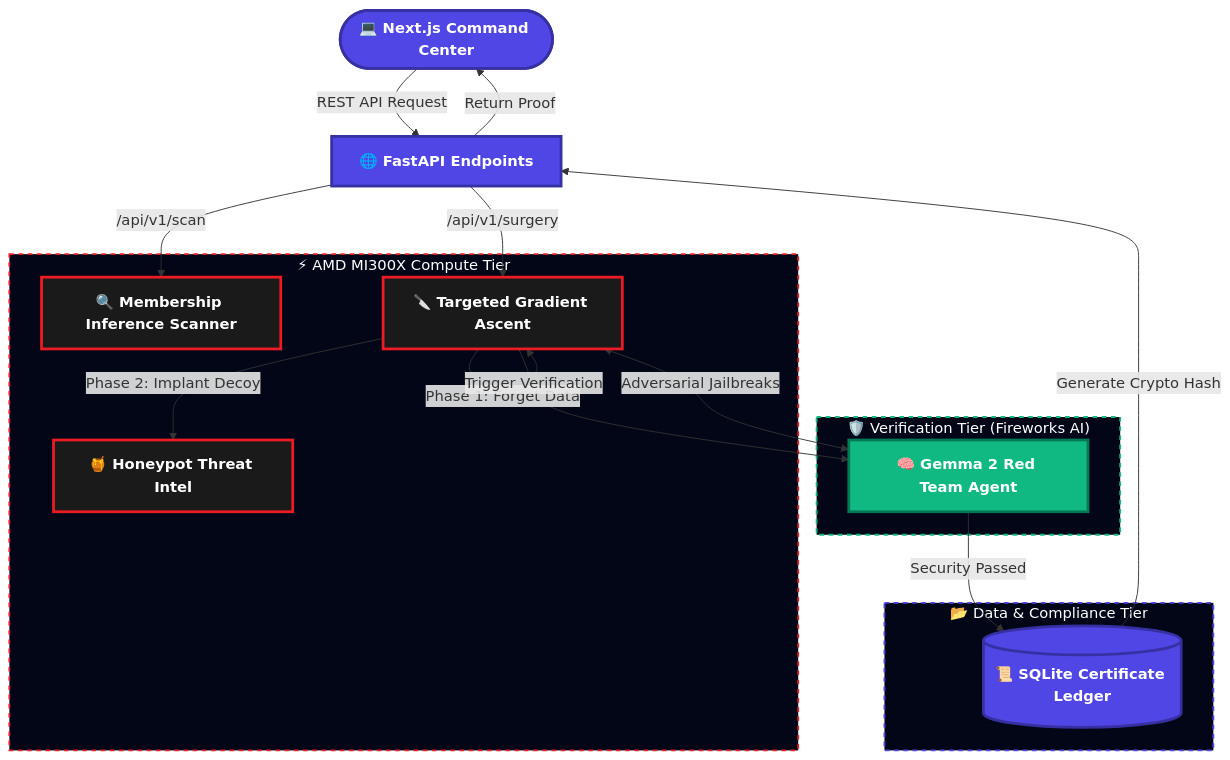
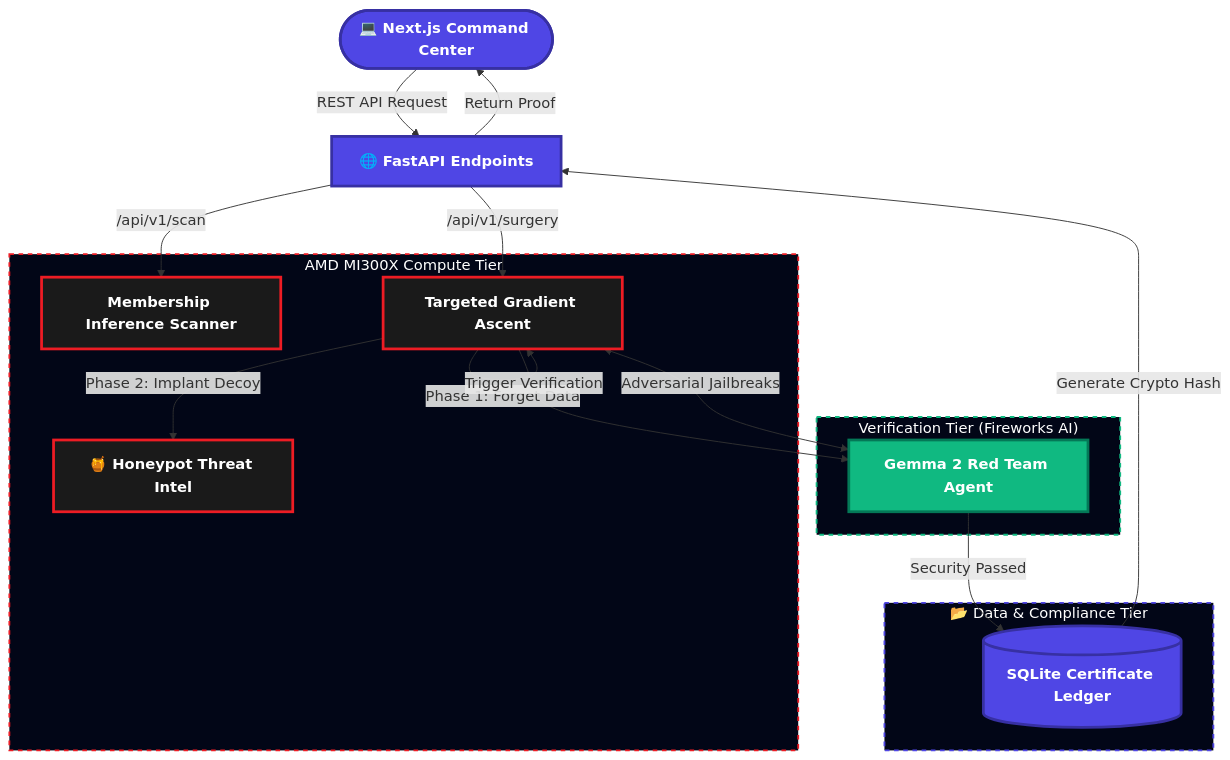
The first of 3 diagrams in backend/README.md (abhinandbs12/project-raze), drawn with Mermaid before and after one commit. The commit also changed other lines of this file and 2 other files, not shown here.

Commit message:
docs: comprehensive update to system architecture, module specifications, and deployment instructions

````diff
--- a/backend/README.md
+++ b/backend/README.md
@@ -26,49 +26,49 @@
 ```mermaid
 graph TD
     %% Node Definitions
     Client([💻 Next.js Command Center])
     API[🌐 FastAPI Endpoints]
     
-    subgraph Compute["⚡ AMD MI300X Compute Tier"]
-        Scanner[🔍 Membership Inference Scanner]
-        Surgery[🔪 Targeted Gradient Ascent]
+    subgraph Compute[" AMD MI300X Compute Tier"]
+        Scanner[ Membership Inference Scanner]
+        Surgery[ Targeted Gradient Ascent]
         Tracker[🍯 Honeypot Threat Intel]
     end
     
-    subgraph Verify["🛡️ Verification Tier (Fireworks AI)"]
-        RedTeam[🧠 Gemma 2 Red Team Agent]
+    subgraph Verify[" Verification Tier (Fireworks AI)"]
+        RedTeam[ Gemma 2 Red Team Agent]
     end
     
     subgraph Data["📂 Data & Compliance Tier"]
-        Ledger[(📜 SQLite Certificate Ledger)]
+        Ledger[( SQLite Certificate Ledger)]
     end
 
     %% Flow Connections
     Client -->|REST API Request| API
     API -->|/api/v1/scan| Scanner
     API -->|/api/v1/surgery| Surgery
     
     Surgery -->|Phase 1: Forget Data| Surgery
     Surgery -->|Phase 2: Implant Decoy| Tracker
     
     Surgery -->|Trigger Verification| RedTeam
     RedTeam <-->|Adversarial Jailbreaks| Surgery
     
     RedTeam -->|Security Passed| Ledger
     Ledger -->|Generate Crypto Hash| API
     API -->|Return Proof| Client
 
     %% Custom Vibrant Styling
     classDef amd fill:#1a1a1a,stroke:#ED1C24,stroke-width:3px,color:#fff,font-weight:bold;
     classDef gemma fill:#10B981,stroke:#047857,stroke-width:3px,color:#fff,font-weight:bold;
     classDef core fill:#4F46E5,stroke:#3730A3,stroke-width:3px,color:#fff,font-weight:bold;
     classDef default fill:#1E293B,stroke:#334155,stroke-width:1px,color:#F8FAFC;
     
     class Surgery,Scanner,Tracker amd
     class RedTeam gemma
     class API,Ledger,Client core
     
     style Compute fill:#020617,stroke:#ED1C24,stroke-width:2px,color:#fff,stroke-dasharray: 5 5;
     style Verify fill:#020617,stroke:#10B981,stroke-width:2px,color:#fff,stroke-dasharray: 5 5;
     style Data fill:#020617,stroke:#4F46E5,stroke-width:2px,color:#fff,stroke-dasharray: 5 5;
 ```
````
